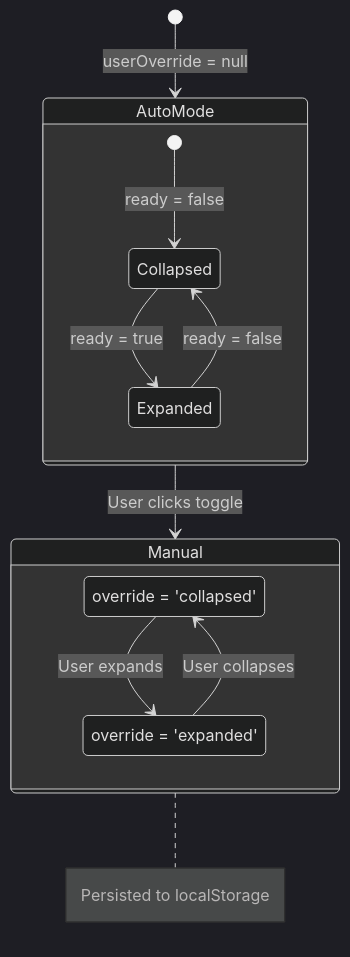
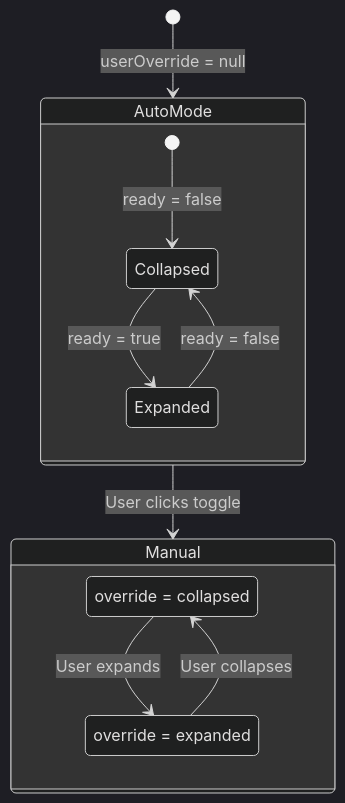
One commit to haowjy/meridian-flow changed the third of 3 diagrams in _docs/technical/frontend/architecture/layout-data-flow.md. Above: the diagram before and after it, drawn with Mermaid (dark theme). The commit also changed other lines of this file and 62 other files, not shown here.

````diff
--- a/_docs/technical/frontend/architecture/layout-data-flow.md
+++ b/_docs/technical/frontend/architecture/layout-data-flow.md
@@ -106,21 +72,19 @@
 ```mermaid
 stateDiagram-v2
     [*] --> AutoMode: userOverride = null
 
     state AutoMode {
         [*] --> Collapsed: ready = false
         Collapsed --> Expanded: ready = true
         Expanded --> Collapsed: ready = false
     }
 
     AutoMode --> Manual: User clicks toggle
 
     state Manual {
-        ManualCollapsed: override = 'collapsed'
-        ManualExpanded: override = 'expanded'
+        ManualCollapsed: override = collapsed
+        ManualExpanded: override = expanded
         ManualCollapsed --> ManualExpanded: User expands
         ManualExpanded --> ManualCollapsed: User collapses
     }
-
-    note right of Manual: Persisted to localStorage
 ```
````
